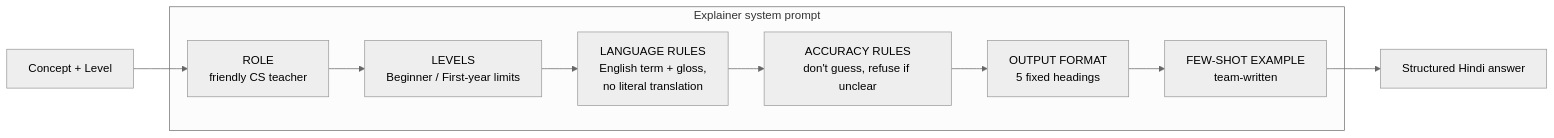
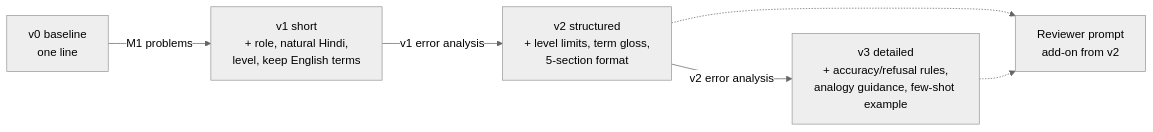
The second of 3 diagrams in design/design.md (jnsuhani/matrabhasha.ai), drawn with Mermaid (neutral theme) before and after one commit. The commit also changed other lines of this file and 2 other files, not shown here.

Commit message:
Update design and workflow diagram for the prompt ladder

````diff
--- a/design/design.md
+++ b/design/design.md
@@ -40,12 +43,8 @@
 ```mermaid
 flowchart LR
-    subgraph Explainer system prompt
-      A[ROLE<br/>friendly CS teacher] --> B[LEVELS<br/>Beginner / First-year limits]
-      B --> C[LANGUAGE RULES<br/>English term + gloss,<br/>no literal translation]
-      C --> D[ACCURACY RULES<br/>don't guess, refuse if unclear]
-      D --> F[OUTPUT FORMAT<br/>5 fixed headings]
-      F --> G[FEW-SHOT EXAMPLE<br/>team-written]
-    end
-    In[Concept + Level] --> A
-    G --> Out[Structured Hindi answer]
+    V0[v0 baseline<br/>one line] -->|M1 problems| V1[v1 short<br/>+ role, natural Hindi,<br/>level, keep English terms]
+    V1 -->|v1 error analysis| V2[v2 structured<br/>+ level limits, term gloss,<br/>5-section format]
+    V2 -->|v2 error analysis| V3[v3 detailed<br/>+ accuracy/refusal rules,<br/>analogy guidance, few-shot example]
+    V2 -.-> R[Reviewer prompt<br/>add-on from v2]
+    V3 -.-> R
 ```
````
